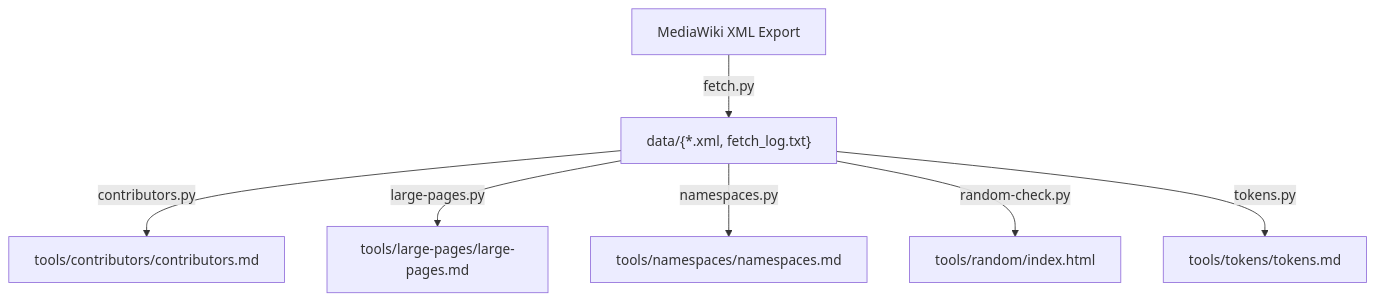
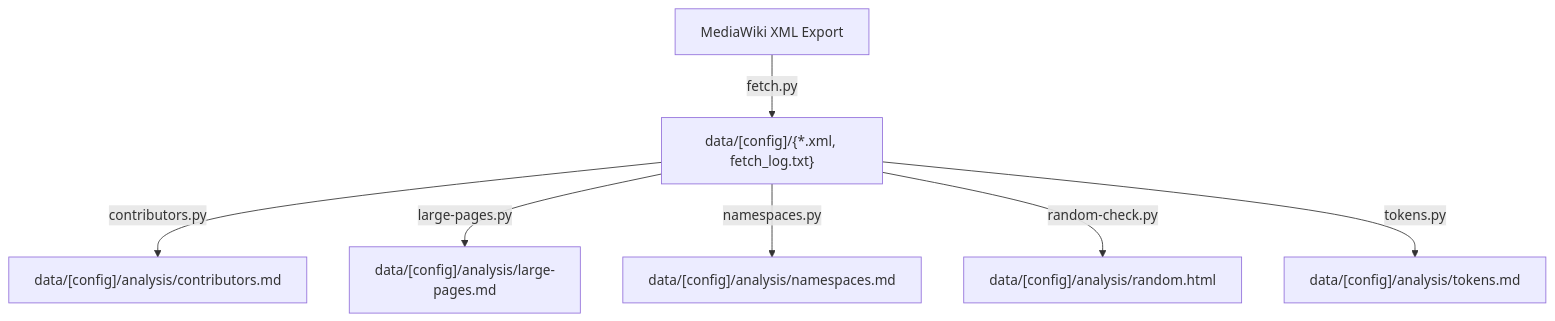
The diagram in tools/README.md (koteitan/googolbook-lm), drawn with Mermaid before and after one commit. The commit also changed 2 other files, not shown here.

````diff
--- a/tools/README.md
+++ b/tools/README.md
@@ -18,9 +18,9 @@
 ```mermaid
 graph TD
-    A[MediaWiki XML Export] -->|fetch.py| B["data/{*.xml, fetch_log.txt}"]
-    B -->|contributors.py| C[tools/contributors/contributors.md]
-    B -->|large-pages.py| D[tools/large-pages/large-pages.md]
-    B -->|namespaces.py| E[tools/namespaces/namespaces.md]
-    B -->|random-check.py| F[tools/random/index.html]
-    B -->|tokens.py| G[tools/tokens/tokens.md]
+    A[MediaWiki XML Export] -->|fetch.py| B["data/[config]/{*.xml, fetch_log.txt}"]
+    B -->|contributors.py| C["data/[config]/analysis/contributors.md"]
+    B -->|large-pages.py| D["data/[config]/analysis/large-pages.md"]
+    B -->|namespaces.py| E["data/[config]/analysis/namespaces.md"]
+    B -->|random-check.py| F["data/[config]/analysis/random.html"]
+    B -->|tokens.py| G["data/[config]/analysis/tokens.md"]
 ```
````
